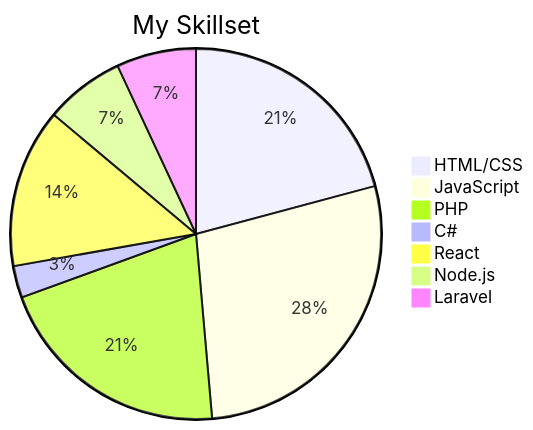
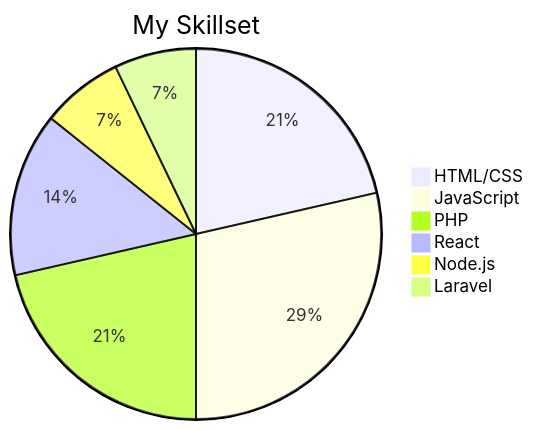
Before and after one commit to TaqdeesHigh/TaqdeesHigh: the diagram in README.md, drawn with Mermaid. The commit also changed other lines of this file, not shown here.

````diff
--- a/README.md
+++ b/README.md
@@ -26,11 +25,10 @@
 ```mermaid
 pie
     title My Skillset
     "HTML/CSS": 15
     "JavaScript": 20
     "PHP": 15
-    "C#": 2
     "React": 10
     "Node.js": 5
     "Laravel": 5
 ```
````
